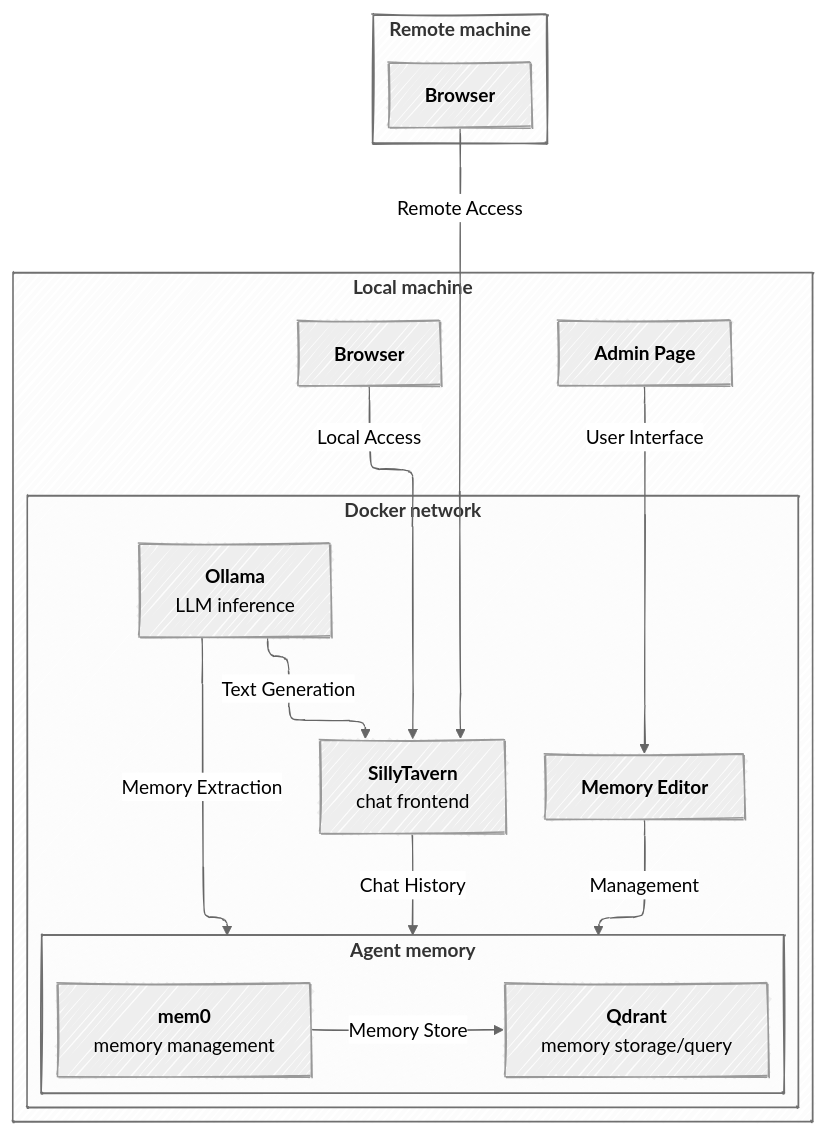
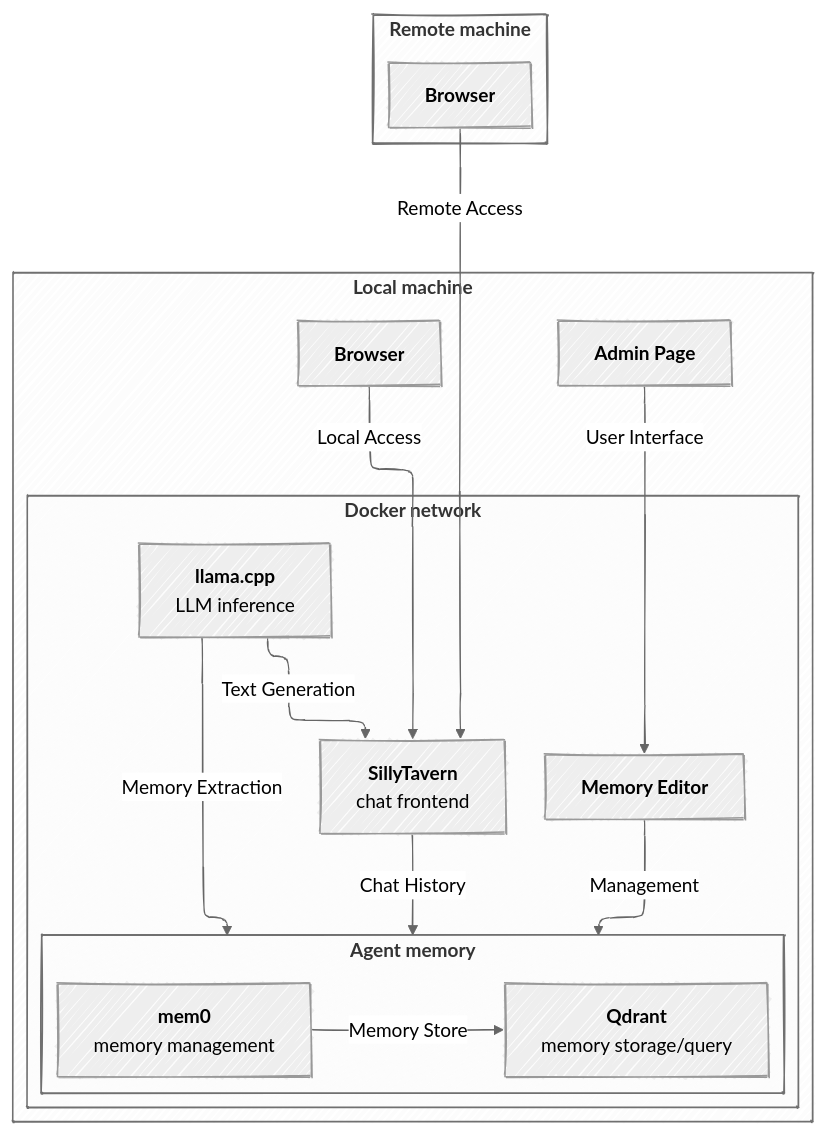
The diagram in docs/ARCHITECTURE.md (chuyaowang/local-sillytavern-with-memory), drawn with Mermaid before and after one commit. The commit also changed other lines of this file and 2 other files, not shown here.

Commit message:
docs: relabel architecture diagram's Ollama node to llama.cpp
Renames the "ollama" node to "llamacpp" in both the mermaid source
(architecture.mmd) and its embedded copy in ARCHITECTURE.md, updates the
component description below it, and regenerates architecture.svg via
scripts/render-architecture-diagram.sh.

````diff
--- a/docs/ARCHITECTURE.md
+++ b/docs/ARCHITECTURE.md
@@ -3,45 +3,45 @@
 ```mermaid
 ---
 config:
   look: handDrawn
   theme: neutral
   themeVariables:
     fontFamily: Comic Neue
   layout: elk
   elk:
     nodePlacementStrategy: BRANDES_KOEPF
 ---
 graph TD
     subgraph remote_machine["<b>Remote machine</b>"]
         remote["<b>Browser</b>"]
     end
 
     subgraph local_machine["<b>Local machine</b>"]
         direction LR
         host["<b>Admin Page</b>"]
         local["<b>Browser"]
         
         subgraph docker["<b>Docker network</b>"]
             direction LR
             editor["<b>Memory Editor</b>"]
             st["<b>SillyTavern</b><br/>chat frontend"]
-            ollama["<b>Ollama</b><br/>LLM inference"]
+            llamacpp["<b>llama.cpp</b><br/>LLM inference"]
 
             subgraph memory["<b>Agent memory</b>"]
             direction LR
                 mem0["<b>mem0</b><br/>memory management"]
                 qdrant["<b>Qdrant</b><br/>memory storage/query"]
             end
         end
     end
 
     remote -- Remote Access --> st
     host -- User Interface --> editor
     local -- Local Access --> st
     editor -- Management --> memory
 
-    ollama -- Text Generation --> st
+    llamacpp -- Text Generation --> st
     st -- Chat History --> memory
-    ollama -- Memory Extraction --> memory
+    llamacpp -- Memory Extraction --> memory
     mem0 -- Memory Store --> qdrant
 ```
````
